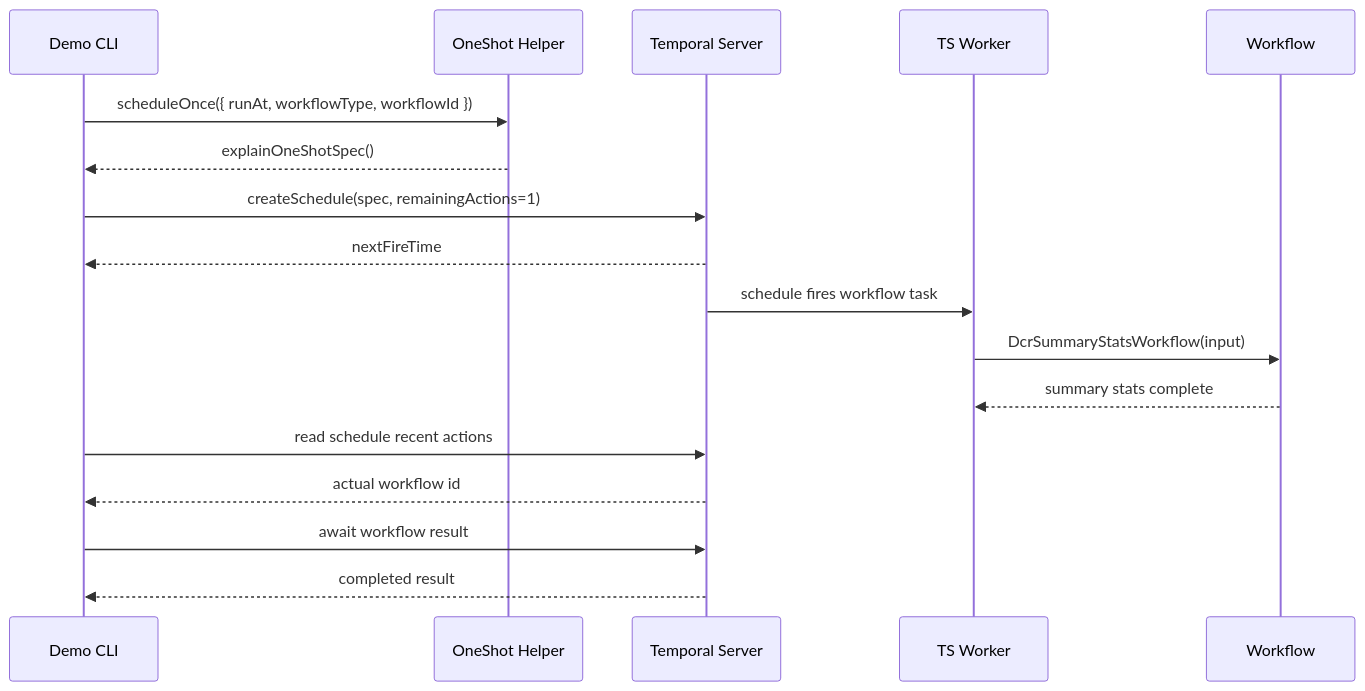
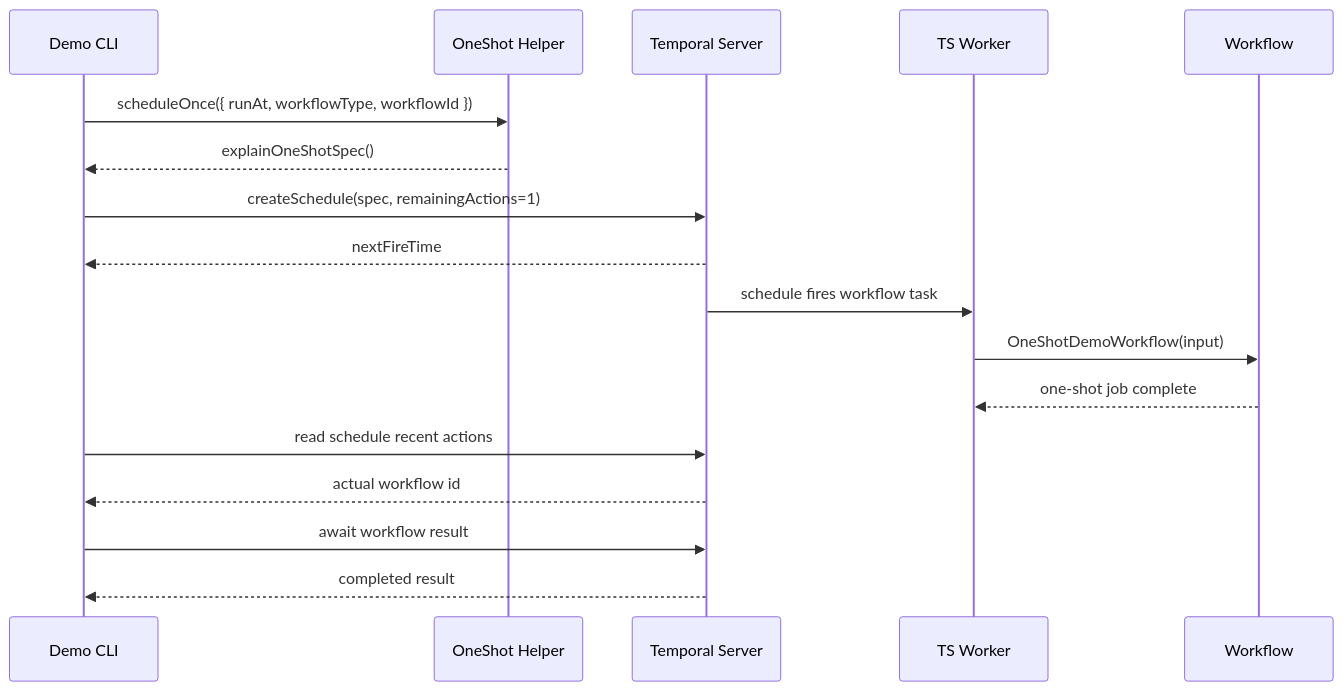
Before and after one commit to harimanasa/Temporal-OneShot: the second of 2 diagrams in ARCHITECTURE.md, drawn with Mermaid. The commit also changed other lines of this file and 10 other files, not shown here.

Commit message:
Rename demo workflow and queue

````diff
--- a/ARCHITECTURE.md
+++ b/ARCHITECTURE.md
@@ -25,20 +25,20 @@
 ```mermaid
 sequenceDiagram
   participant App as Demo CLI
   participant OneShot as OneShot Helper
   participant Temporal as Temporal Server
   participant Worker as TS Worker
   participant Workflow as Workflow
 
   App->>OneShot: scheduleOnce({ runAt, workflowType, workflowId })
   OneShot-->>App: explainOneShotSpec()
   App->>Temporal: createSchedule(spec, remainingActions=1)
   Temporal-->>App: nextFireTime
   Temporal->>Worker: schedule fires workflow task
-  Worker->>Workflow: DcrSummaryStatsWorkflow(input)
-  Workflow-->>Worker: summary stats complete
+  Worker->>Workflow: OneShotDemoWorkflow(input)
+  Workflow-->>Worker: one-shot job complete
   App->>Temporal: read schedule recent actions
   Temporal-->>App: actual workflow id
   App->>Temporal: await workflow result
   Temporal-->>App: completed result
 ```
````
